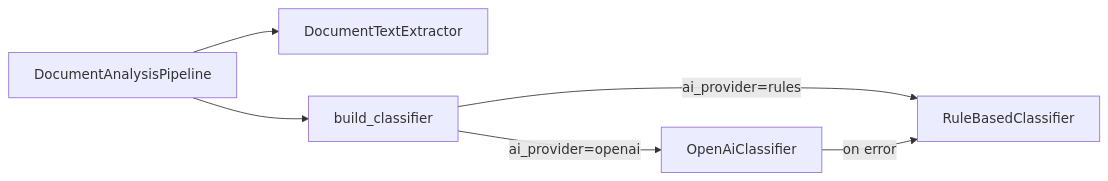
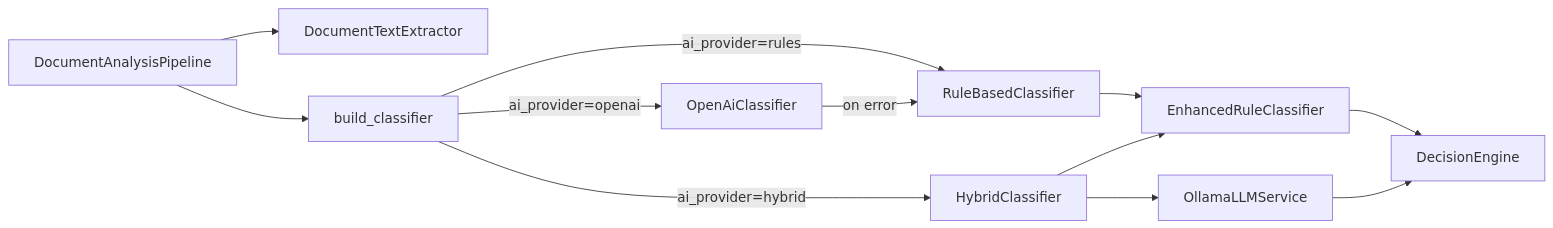
Before and after one commit to yassinehadded/intelligent-mailroom: the fifth of 10 diagrams in ARCHITECTURE.md, drawn with Mermaid. The commit also changed other lines of this file and 1 other file, not shown here.

Commit message:
adapted the documentation to the changements of ai layer architecture

````diff
--- a/ARCHITECTURE.md
+++ b/ARCHITECTURE.md
@@ -429,13 +438,23 @@
 ```mermaid
 flowchart LR
   P[DocumentAnalysisPipeline]
   E[DocumentTextExtractor]
   F[build_classifier]
   R[RuleBasedClassifier]
+  RE[EnhancedRuleClassifier]
+  H[HybridClassifier]
+  OLL[OllamaLLMService]
+  D[DecisionEngine]
   O[OpenAiClassifier]
   P --> E
   P --> F
+  F -->|ai_provider=hybrid| H
   F -->|ai_provider=rules| R
   F -->|ai_provider=openai| O
+  R --> RE
+  H --> RE
+  H --> OLL
+  RE --> D
+  OLL --> D
   O -->|on error| R
 ```
````
